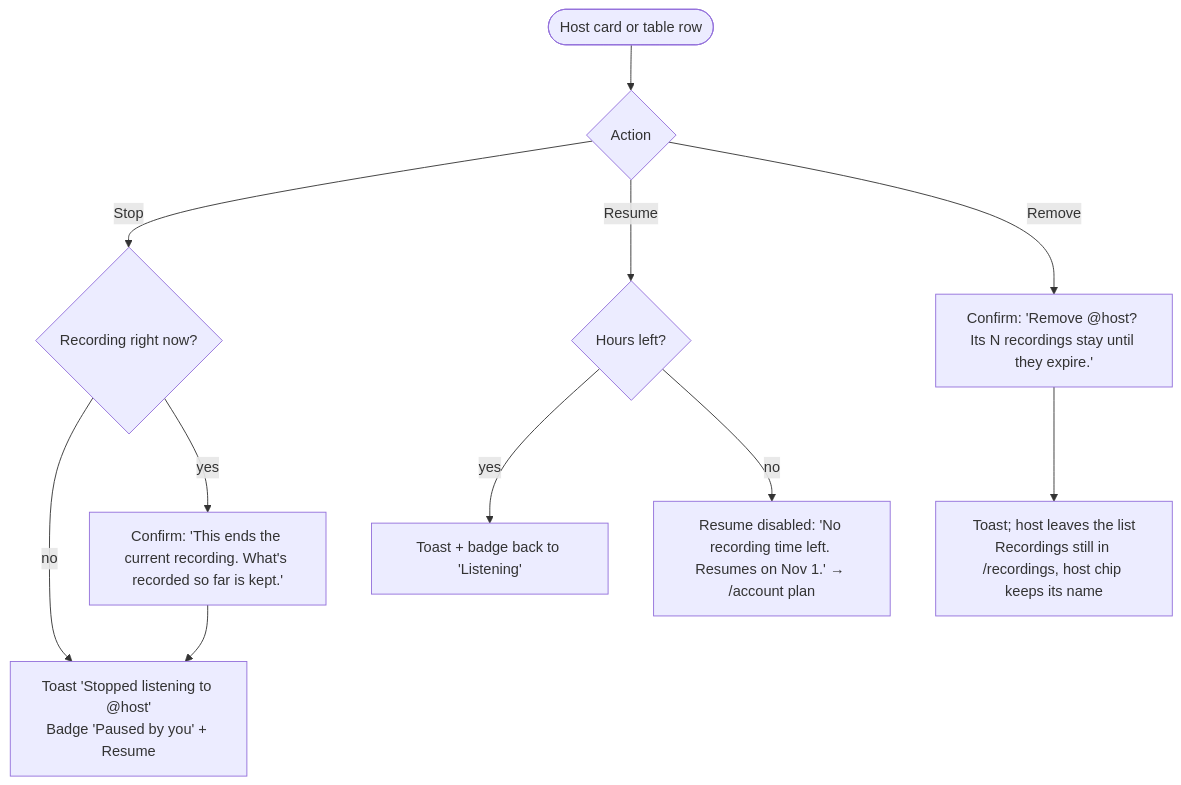
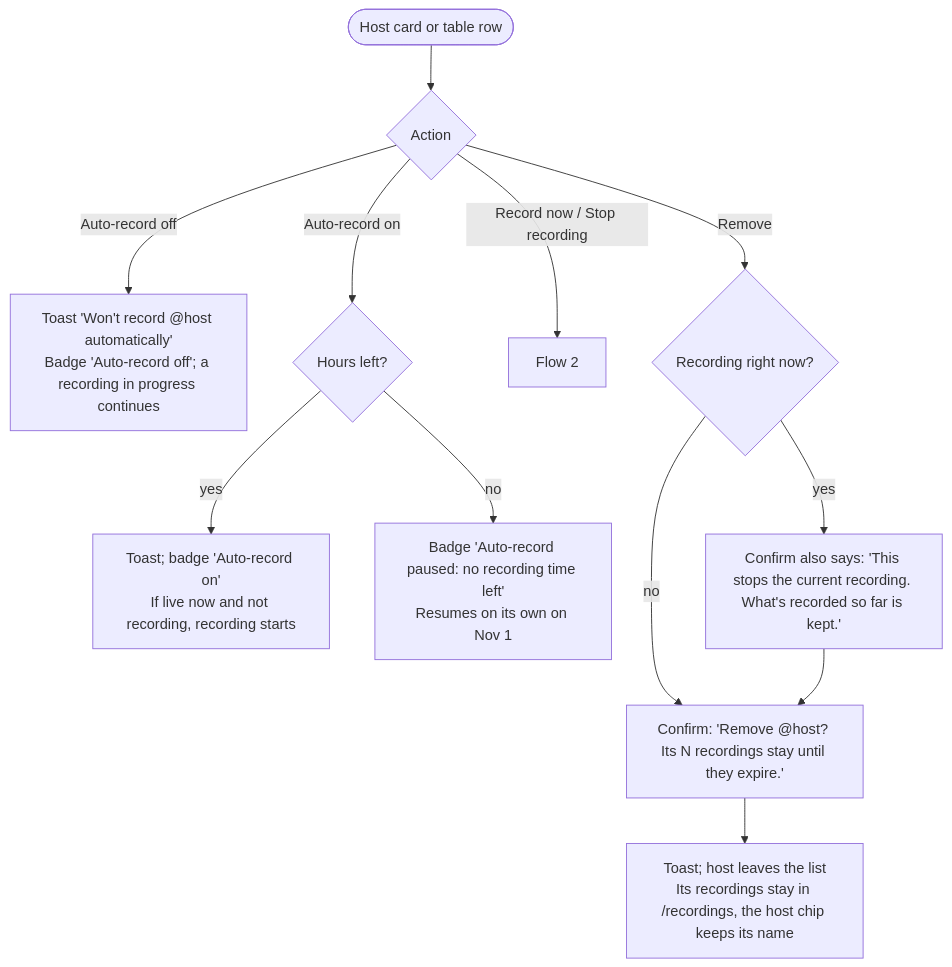
One commit to binhld98/AutoRecordLive changed the fifth of 11 diagrams in docs/user-flows.md. Above: the diagram before and after it, drawn with Mermaid. The commit also changed other lines of this file, not shown here.

Commit message:
docs: revise user flows after review

````diff
--- a/docs/user-flows.md
+++ b/docs/user-flows.md
@@ -113,12 +175,14 @@
 ```mermaid
 flowchart TD
   card(["Host card or table row"]) --> act{"Action"}
-  act -- Stop --> rec{"Recording right now?"}
-  rec -- no --> stopped["Toast 'Stopped listening to @host'<br/>Badge 'Paused by you' + Resume"]
-  rec -- yes --> confirm["Confirm: 'This ends the current recording. What's recorded so far is kept.'"] --> stopped
-  act -- Resume --> hours{"Hours left?"}
-  hours -- yes --> listening["Toast + badge back to 'Listening'"]
-  hours -- no --> blocked["Resume disabled: 'No recording time left. Resumes on Nov 1.' → /account plan"]
-  act -- Remove --> rm["Confirm: 'Remove @host? Its N recordings stay until they expire.'"]
-  rm --> removed["Toast; host leaves the list<br/>Recordings still in /recordings, host chip keeps its name"]
+  act -- "Auto-record off" --> off["Toast 'Won't record @host automatically'<br/>Badge 'Auto-record off'; a recording in progress continues"]
+  act -- "Auto-record on" --> hours{"Hours left?"}
+  hours -- yes --> on["Toast; badge 'Auto-record on'<br/>If live now and not recording, recording starts"]
+  hours -- no --> paused["Badge 'Auto-record paused: no recording time left'<br/>Resumes on its own on Nov 1"]
+  act -- "Record now / Stop recording" --> flow2["Flow 2"]
+  act -- Remove --> recording{"Recording right now?"}
+  recording -- no --> rm["Confirm: 'Remove @host? Its N recordings stay until they expire.'"]
+  recording -- yes --> rmrec["Confirm also says: 'This stops the current recording. What's recorded so far is kept.'"]
+  rmrec --> rm
+  rm --> removed["Toast; host leaves the list<br/>Its recordings stay in /recordings, the host chip keeps its name"]
 ```
````
